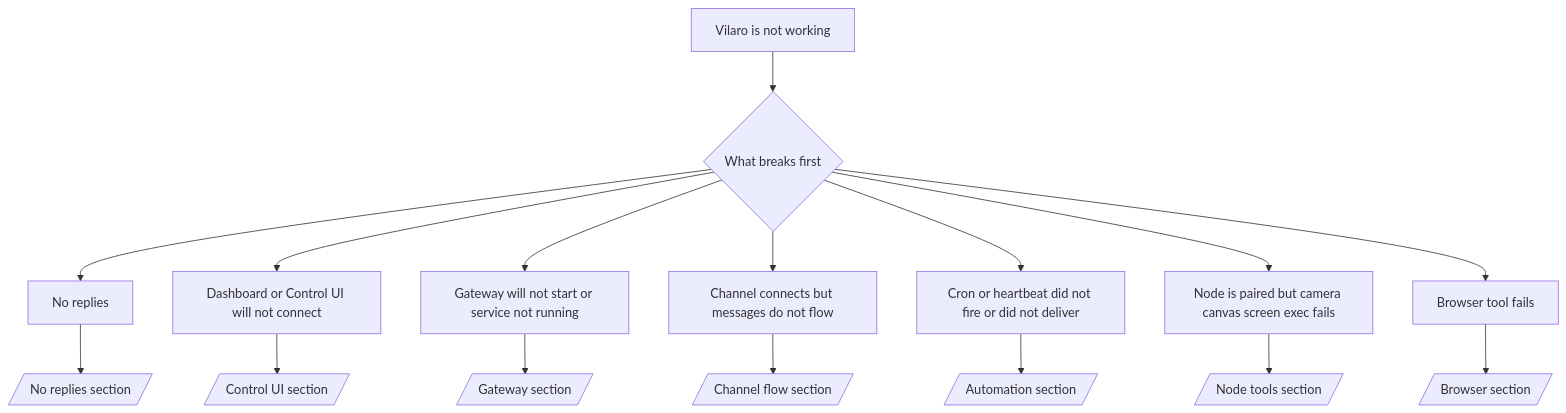
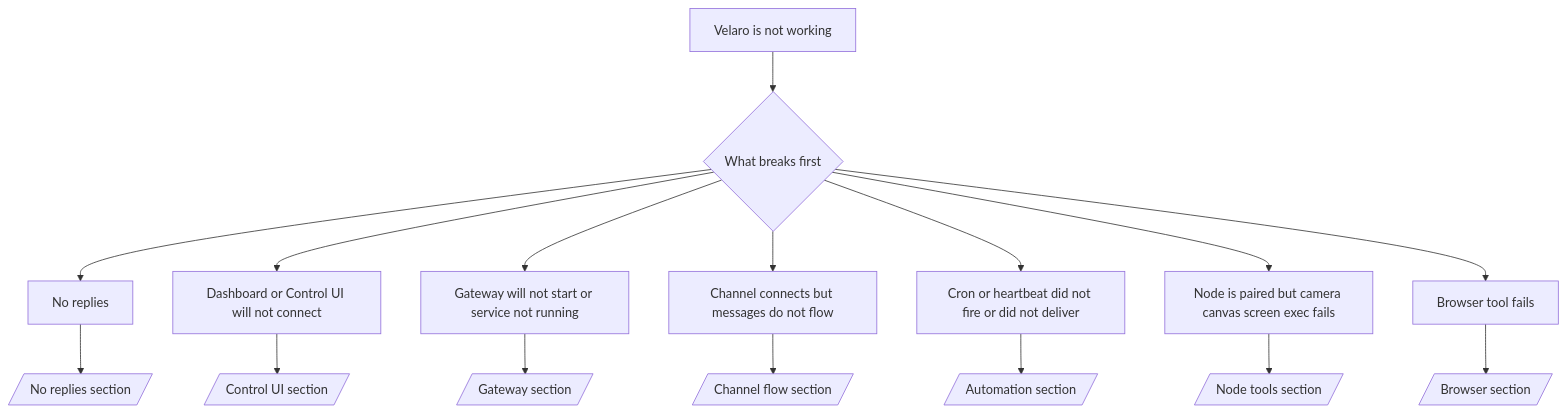
The diagram in docs/help/troubleshooting.md (JacobE-Larp/Velaro), drawn with Mermaid before and after one commit. The commit also changed other lines of this file and 1034 other files, not shown here.

First line of the commit message:
rebrand: rename Vilaro → Velaro across all user-facing surfaces

````diff
--- a/docs/help/troubleshooting.md
+++ b/docs/help/troubleshooting.md
@@ -70,19 +70,19 @@
 ```mermaid
 flowchart TD
-  A[Vilaro is not working] --> B{What breaks first}
+  A[Velaro is not working] --> B{What breaks first}
   B --> C[No replies]
   B --> D[Dashboard or Control UI will not connect]
   B --> E[Gateway will not start or service not running]
   B --> F[Channel connects but messages do not flow]
   B --> G[Cron or heartbeat did not fire or did not deliver]
   B --> H[Node is paired but camera canvas screen exec fails]
   B --> I[Browser tool fails]
 
   C --> C1[/No replies section/]
   D --> D1[/Control UI section/]
   E --> E1[/Gateway section/]
   F --> F1[/Channel flow section/]
   G --> G1[/Automation section/]
   H --> H1[/Node tools section/]
   I --> I1[/Browser section/]
 ```
````
